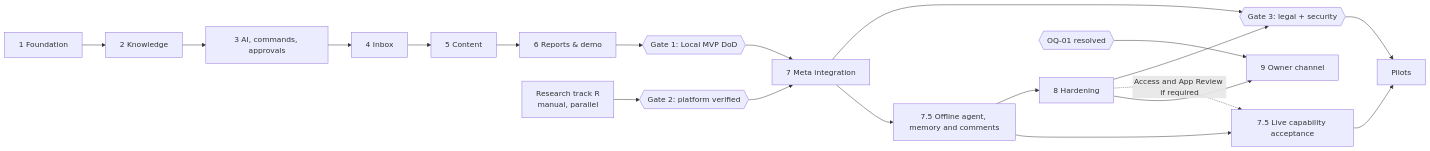
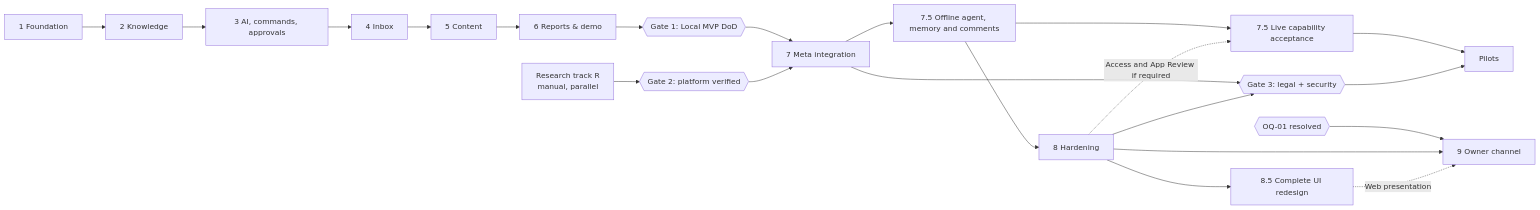
One commit to Ernosto0/AgentNest changed the diagram in docs/implementation/roadmap.md. Above: the diagram before and after it, drawn with Mermaid. The commit also changed other lines of this file and 9 other files, not shown here.

````diff
--- a/docs/implementation/roadmap.md
+++ b/docs/implementation/roadmap.md
@@ -27,18 +30,20 @@
 ```mermaid
 flowchart LR
   P1[1 Foundation] --> P2[2 Knowledge] --> P3[3 AI, commands, approvals] --> P4[4 Inbox] --> P5[5 Content] --> P6[6 Reports & demo]
   P6 --> G1{{Gate 1: Local MVP DoD}}
   R[Research track R<br/>manual, parallel] --> G2{{Gate 2: platform verified}}
   G1 --> P7[7 Meta integration]
   G2 --> P7
   P7 --> G3{{Gate 3: legal + security}}
   P8[8 Hardening] --> G3
   P7 --> P75[7.5 Offline agent, memory and comments]
   P75 --> P8
   P75 --> LIVE75[7.5 Live capability acceptance]
   P8 -. Access and App Review if required .-> LIVE75
   LIVE75 --> PILOT
   G3 --> PILOT[Pilots]
   OQ1{{OQ-01 resolved}} --> P9[9 Owner channel]
   P8 --> P9
+  P8 --> UI85[8.5 Complete UI redesign]
+  UI85 -. Web presentation .-> P9
 ```
````
